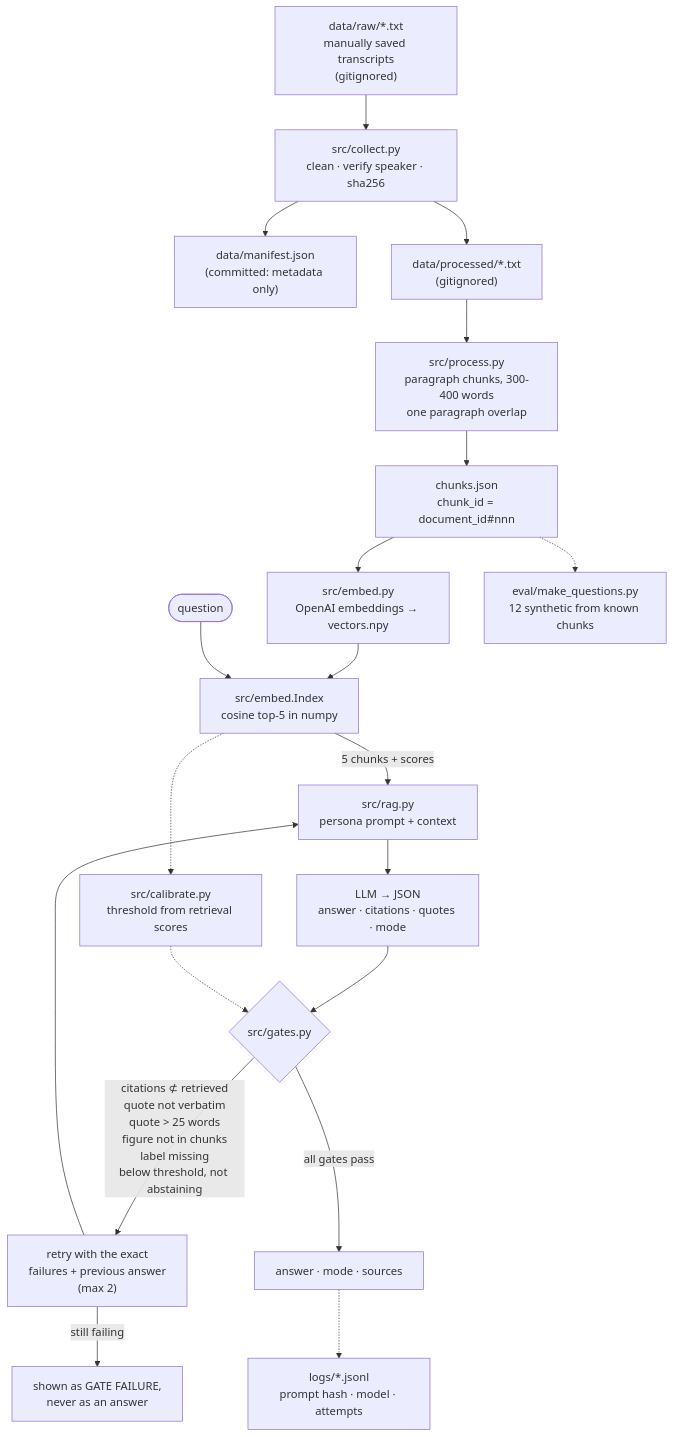
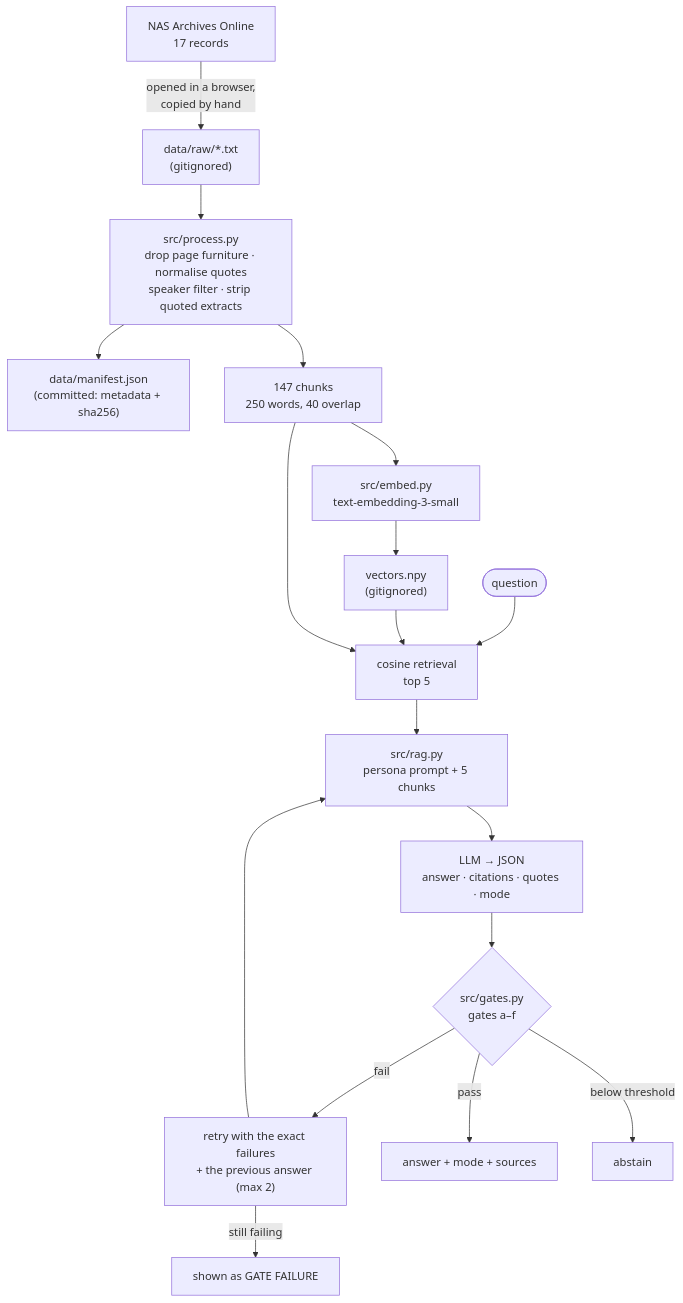
The diagram in README.md (lathifash03/what-would-lky-do), drawn with Mermaid before and after one commit. The commit also changed other lines of this file and 1 other file, not shown here.

First line of the commit message:
README from the real eval run; sample conversations from a real run

````diff
--- a/README.md
+++ b/README.md
@@ -22,25 +50,21 @@
 ```mermaid
 flowchart TD
-    A["data/raw/*.txt<br/>manually saved transcripts<br/>(gitignored)"] --> B["src/collect.py<br/>clean · verify speaker · sha256"]
-    B --> M["data/manifest.json<br/>(committed: metadata only)"]
-    B --> C["data/processed/*.txt<br/>(gitignored)"]
-    C --> D["src/process.py<br/>paragraph chunks, 300-400 words<br/>one paragraph overlap"]
-    D --> E["chunks.json<br/>chunk_id = document_id#nnn"]
-    E --> F["src/embed.py<br/>OpenAI embeddings → vectors.npy"]
-    F --> G["src/embed.Index<br/>cosine top-5 in numpy"]
+    A["NAS Archives Online<br/>17 records"] -->|"opened in a browser,<br/>copied by hand"| B["data/raw/*.txt<br/>(gitignored)"]
+    B --> C["src/process.py<br/>drop page furniture · normalise quotes<br/>speaker filter · strip quoted extracts"]
+    C --> M["data/manifest.json<br/>(committed: metadata + sha256)"]
+    C --> D["147 chunks<br/>250 words, 40 overlap"]
+    D --> E["src/embed.py<br/>text-embedding-3-small"]
+    E --> F["vectors.npy<br/>(gitignored)"]
 
-    Q(["question"]) --> G
-    G -->|"5 chunks + scores"| H["src/rag.py<br/>persona prompt + context"]
+    Q(["question"]) --> G["cosine retrieval<br/>top 5"]
+    F --> G
+    D --> G
+    G --> H["src/rag.py<br/>persona prompt + 5 chunks"]
     H --> I["LLM → JSON<br/>answer · citations · quotes · mode"]
-    I --> J{"src/gates.py"}
-
-    J -->|"citations ⊄ retrieved<br/>quote not verbatim<br/>quote > 25 words<br/>figure not in chunks<br/>label missing<br/>below threshold, not abstaining"| K["retry with the exact<br/>failures + previous answer<br/>(max 2)"]
+    I --> J{"src/gates.py<br/>gates a–f"}
+    J -->|"fail"| K["retry with the exact failures<br/>+ the previous answer (max 2)"]
     K --> H
-    J -->|"all gates pass"| L["answer · mode · sources"]
-    K -->|"still failing"| X["shown as GATE FAILURE,<br/>never as an answer"]
-
-    E -.-> N["eval/make_questions.py<br/>12 synthetic from known chunks"]
-    G -.-> O["src/calibrate.py<br/>threshold from retrieval scores"]
-    O -.-> J
-    L -.-> P["logs/*.jsonl<br/>prompt hash · model · attempts"]
+    J -->|"pass"| L["answer + mode + sources"]
+    K -->|"still failing"| X["shown as GATE FAILURE"]
+    J -->|"below threshold"| Y["abstain"]
 ```
````
